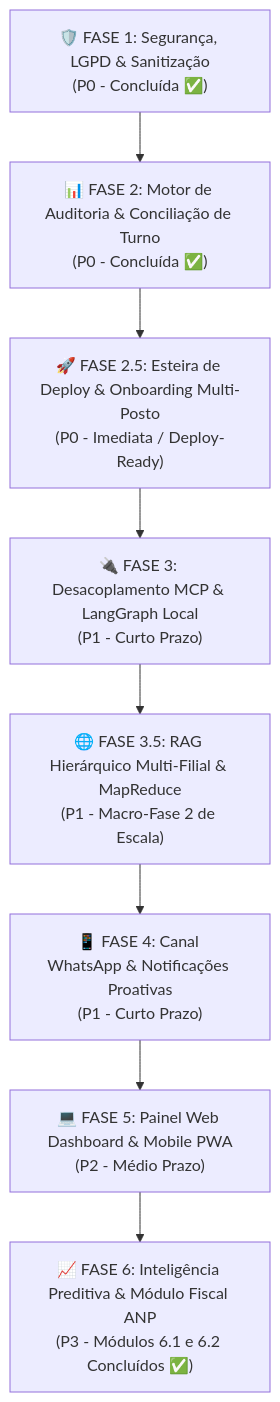
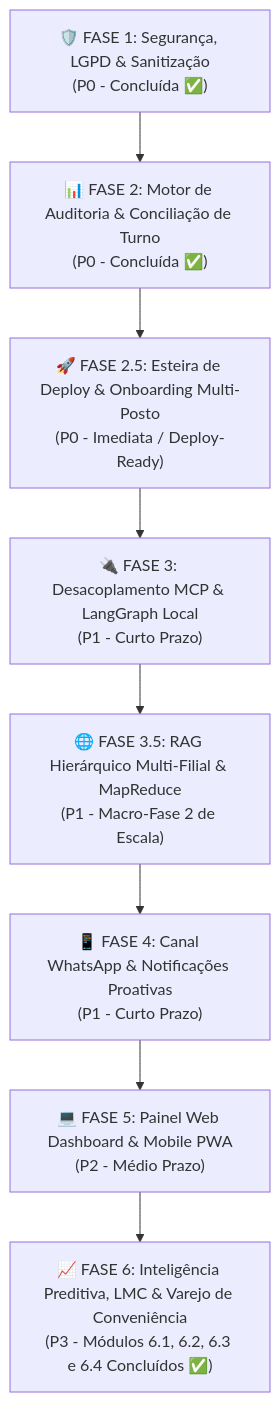
One commit to marlonhms/IA-Local changed the third of 3 diagrams in docs/roadmap_aila.md. Above: the diagram before and after it, drawn with Mermaid. The commit also changed other lines of this file and 6 other files, not shown here.

````diff
--- a/docs/roadmap_aila.md
+++ b/docs/roadmap_aila.md
@@ -151,13 +151,13 @@
 ```mermaid
 flowchart TD
     Fase1["🛡️ FASE 1: Segurança, LGPD & Sanitização\n(P0 - Concluída ✅)"]
     Fase2["📊 FASE 2: Motor de Auditoria & Conciliação de Turno\n(P0 - Concluída ✅)"]
     Fase25["🚀 FASE 2.5: Esteira de Deploy & Onboarding Multi-Posto\n(P0 - Imediata / Deploy-Ready)"]
     Fase3["🔌 FASE 3: Desacoplamento MCP & LangGraph Local\n(P1 - Curto Prazo)"]
     Fase35["🌐 FASE 3.5: RAG Hierárquico Multi-Filial & MapReduce\n(P1 - Macro-Fase 2 de Escala)"]
     Fase4["📱 FASE 4: Canal WhatsApp & Notificações Proativas\n(P1 - Curto Prazo)"]
     Fase5["💻 FASE 5: Painel Web Dashboard & Mobile PWA\n(P2 - Médio Prazo)"]
-    Fase6["📈 FASE 6: Inteligência Preditiva & Módulo Fiscal ANP\n(P3 - Módulos 6.1 e 6.2 Concluídos ✅)"]
+    Fase6["📈 FASE 6: Inteligência Preditiva, LMC & Varejo de Conveniência\n(P3 - Módulos 6.1, 6.2, 6.3 e 6.4 Concluídos ✅)"]
 
     Fase1 --> Fase2 --> Fase25 --> Fase3 --> Fase35 --> Fase4 --> Fase5 --> Fase6
 ```
````
